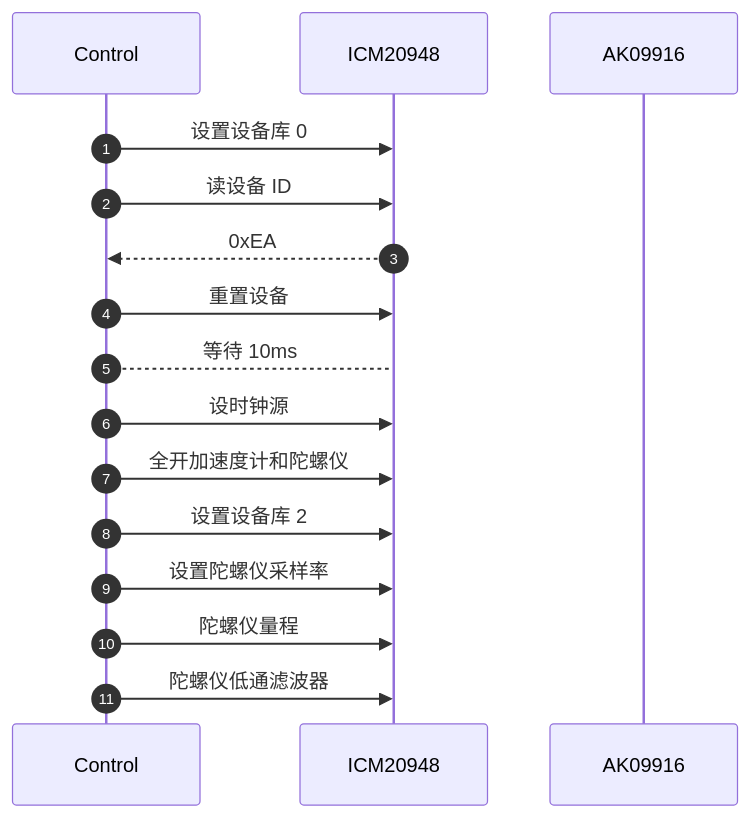
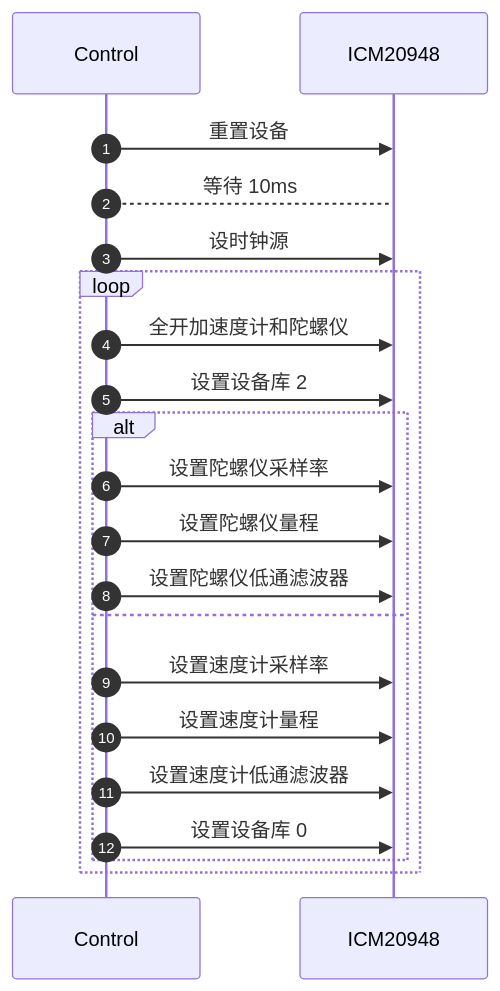
Before and after one commit to hkdickyko/hkdickyko.github.io: the second of 3 diagrams in _posts/2025-04-06-mdchart.md, drawn with Mermaid. The commit also changed other lines of this file, not shown here.

```diff
--- a/_posts/2025-04-06-mdchart.md
+++ b/_posts/2025-04-06-mdchart.md
@@ -132,20 +142,23 @@
 <div class="mermaid">
 sequenceDiagram;
    autonumber;
-   participant C as Control; 
+   participant C as Control;
    participant I as ICM20948;
-   participant A as AK09916;
-   C->>I: 设置设备库 0;
-   C->>I: 读设备 ID;
-   I-->>C: 0xEA;
    C->>I: 重置设备;
    C-->I: 等待 10ms
    C->>I: 设时钟源;
+   loop;
    C->>I: 全开加速度计和陀螺仪;
    C->>I: 设置设备库 2;
+   alt;
    C->>I: 设置陀螺仪采样率;
-   C->>I: 陀螺仪量程;
-   C->>I: 陀螺仪低通滤波器;
-
-
+   C->>I: 设置陀螺仪量程;
+   C->>I: 设置陀螺仪低通滤波器;
+   else;
+   C->>I: 设置速度计采样率;
+   C->>I: 设置速度计量程;
+   C->>I: 设置速度计低通滤波器;
+   C->>I: 设置设备库 0;
+   end
+   end
 </div>
```
